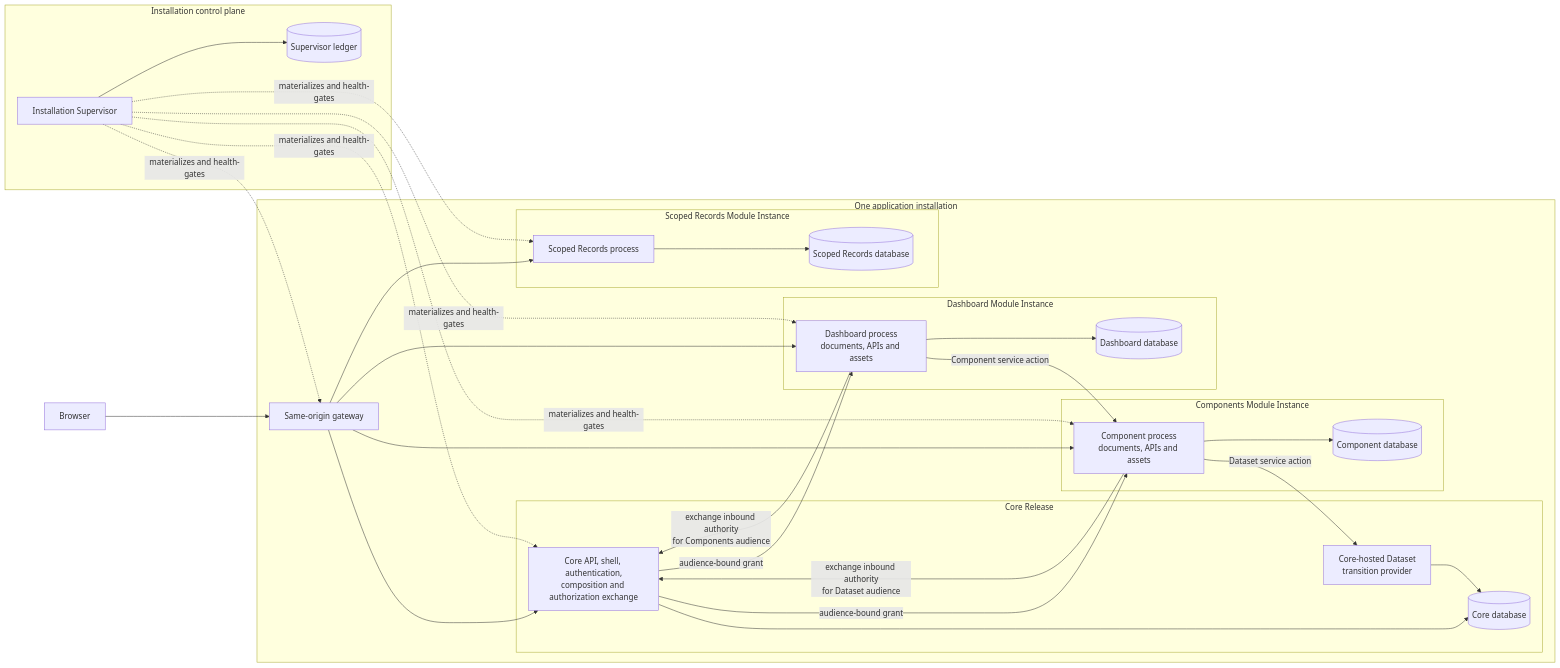
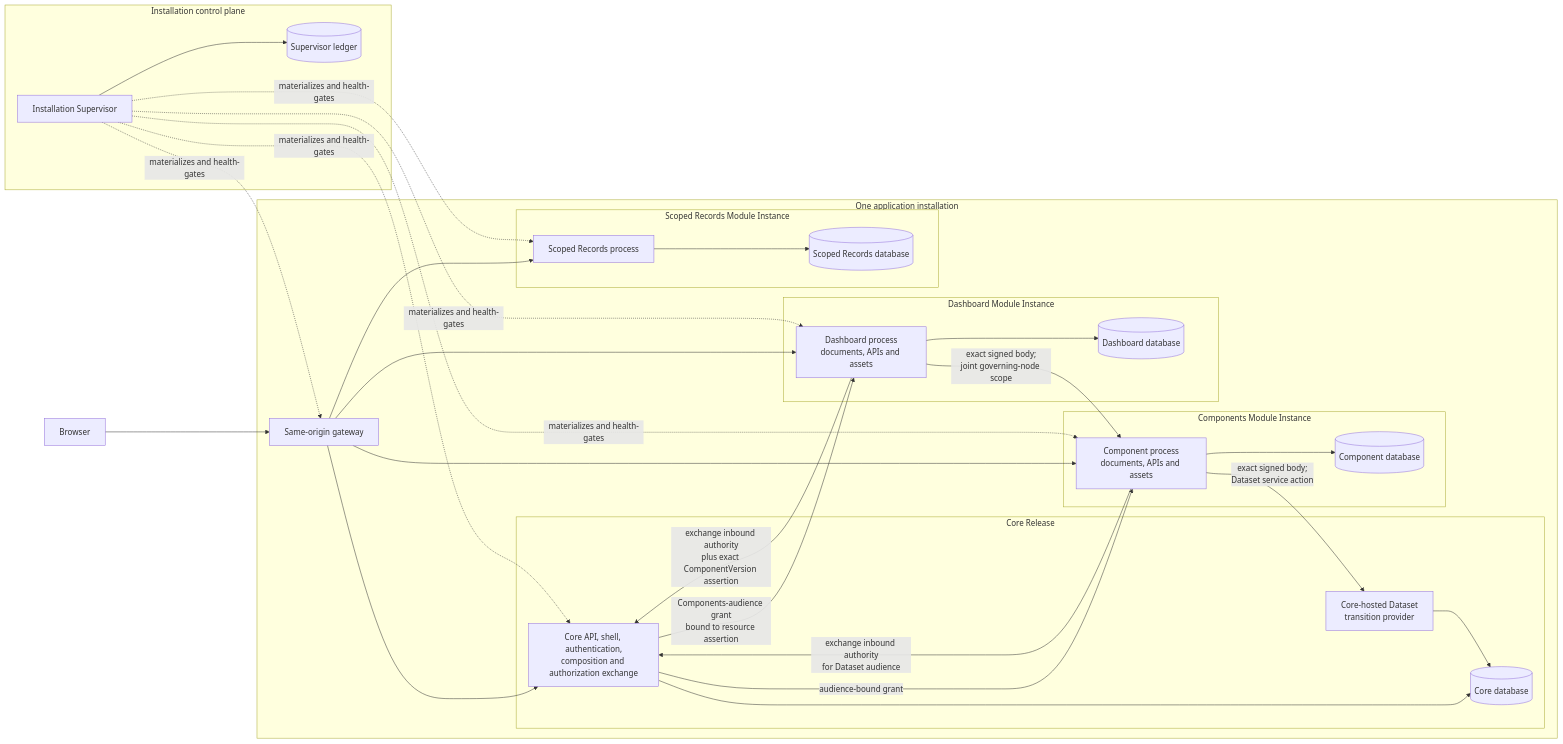
Before and after one commit to ericwburden/tessara: the first of 2 diagrams in docs/architecture.md, drawn with Mermaid. The commit also changed other lines of this file and 41 other files, not shown here.

````diff
--- a/docs/architecture.md
+++ b/docs/architecture.md
@@ -76,59 +80,59 @@
 ```mermaid
 flowchart LR
     browser[Browser]
 
     subgraph control[Installation control plane]
         supervisor[Installation Supervisor]
         ledger[(Supervisor ledger)]
         supervisor --> ledger
     end
 
     subgraph installation[One application installation]
         gateway[Same-origin gateway]
 
         subgraph coreBoundary[Core Release]
             core[Core API, shell, authentication,<br/>composition and authorization exchange]
             dataset[Core-hosted Dataset<br/>transition provider]
             coreDb[(Core database)]
             core --> coreDb
             dataset --> coreDb
         end
 
         subgraph componentBoundary[Components Module Instance]
             components[Component process<br/>documents, APIs and assets]
             componentDb[(Component database)]
             components --> componentDb
         end
 
         subgraph dashboardBoundary[Dashboard Module Instance]
             dashboards[Dashboard process<br/>documents, APIs and assets]
             dashboardDb[(Dashboard database)]
             dashboards --> dashboardDb
         end
 
         subgraph scopedBoundary[Scoped Records Module Instance]
             scoped[Scoped Records process]
             scopedDb[(Scoped Records database)]
             scoped --> scopedDb
         end
 
         gateway --> core
         gateway --> components
         gateway --> dashboards
         gateway --> scoped
 
-        dashboards -->|exchange inbound authority<br/>for Components audience| core
-        core -->|audience-bound grant| dashboards
-        dashboards -->|Component service action| components
+        dashboards -->|exchange inbound authority<br/>plus exact ComponentVersion assertion| core
+        core -->|Components-audience grant<br/>bound to resource assertion| dashboards
+        dashboards -->|exact signed body;<br/>joint governing-node scope| components
         components -->|exchange inbound authority<br/>for Dataset audience| core
         core -->|audience-bound grant| components
-        components -->|Dataset service action| dataset
+        components -->|exact signed body;<br/>Dataset service action| dataset
     end
 
     browser --> gateway
     supervisor -. materializes and health-gates .-> gateway
     supervisor -. materializes and health-gates .-> core
     supervisor -. materializes and health-gates .-> components
     supervisor -. materializes and health-gates .-> dashboards
     supervisor -. materializes and health-gates .-> scoped
 ```
````
